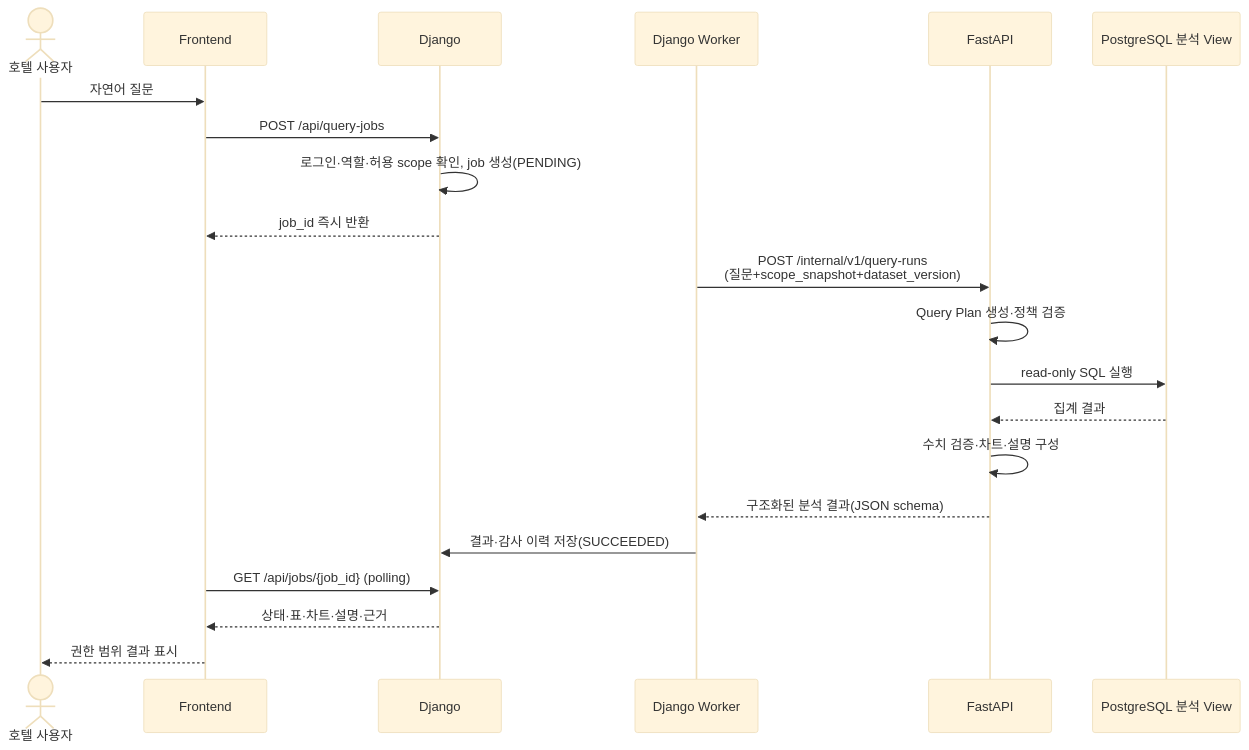
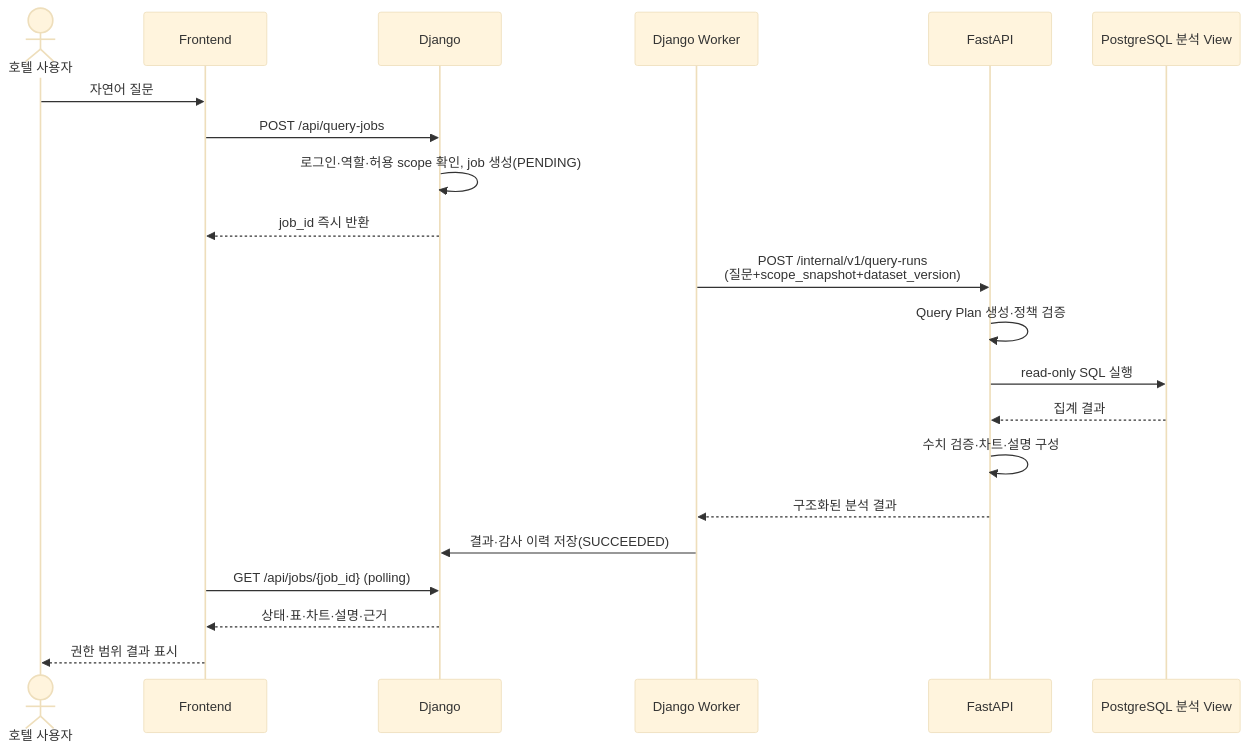
Before and after one commit to hijun318-eng/skn29_final_3team: the fourth of 8 diagrams in docs/markdown/SensePlace_기획서_초안.md, drawn with Mermaid (base theme). The commit also changed other lines of this file and 5 other files, not shown here.

````diff
--- a/docs/markdown/SensePlace_기획서_초안.md
+++ b/docs/markdown/SensePlace_기획서_초안.md
@@ -295,24 +296,24 @@
 ```mermaid
 sequenceDiagram
     actor User as 호텔 사용자
     participant UI as Frontend
     participant DJ as Django
     participant W as Django Worker
     participant AI as FastAPI
     participant DB as PostgreSQL 분석 View
 
     User->>UI: 자연어 질문
     UI->>DJ: POST /api/query-jobs
     DJ->>DJ: 로그인·역할·허용 scope 확인, job 생성(PENDING)
     DJ-->>UI: job_id 즉시 반환
     W->>AI: POST /internal/v1/query-runs<br/>(질문+scope_snapshot+dataset_version)
     AI->>AI: Query Plan 생성·정책 검증
     AI->>DB: read-only SQL 실행
     DB-->>AI: 집계 결과
     AI->>AI: 수치 검증·차트·설명 구성
-    AI-->>W: 구조화된 분석 결과(JSON schema)
+    AI-->>W: 구조화된 분석 결과
     W->>DJ: 결과·감사 이력 저장(SUCCEEDED)
     UI->>DJ: GET /api/jobs/{job_id} (polling)
     DJ-->>UI: 상태·표·차트·설명·근거
     UI-->>User: 권한 범위 결과 표시
 ```
````
